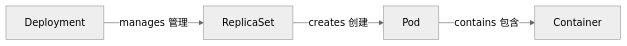
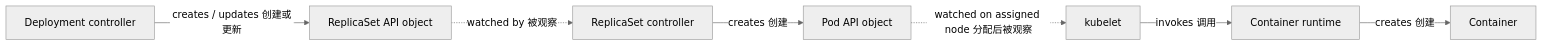
The first of 4 diagrams in docs/index.md (liufashi-Mr/cloud-native-docs), drawn with Mermaid (neutral theme) before and after one commit. The commit also changed other lines of this file and 4 other files, not shown here.

````diff
--- a/docs/index.md
+++ b/docs/index.md
@@ -47,6 +47,9 @@
 ```mermaid
 flowchart LR
-  D["Deployment"] -->|manages 管理| R["ReplicaSet"]
-  R -->|creates 创建| P["Pod"]
-  P -->|contains 包含| C["Container"]
+  D["Deployment controller"] -->|creates / updates 创建或更新| R["ReplicaSet API object"]
+  R -.->|watched by 被观察| RC["ReplicaSet controller"]
+  RC -->|creates 创建| P["Pod API object"]
+  P -.->|watched on assigned node 分配后被观察| K["kubelet"]
+  K -->|invokes 调用| CR["Container runtime"]
+  CR -->|creates 创建| C["Container"]
 ```
````
